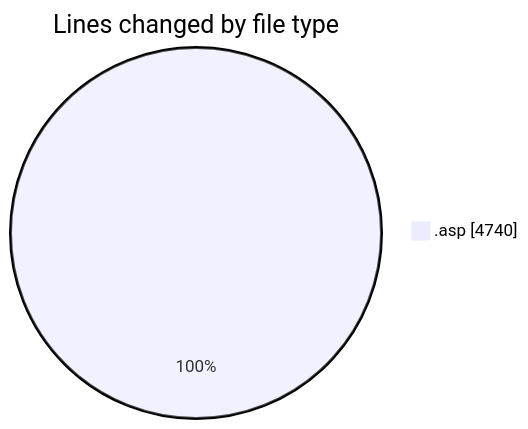
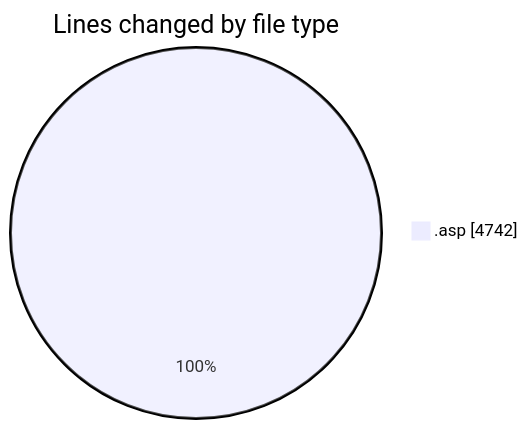
Before and after one commit to julien-gomy/code-tracking: the first of 2 diagrams in 2025-11-15/cdp_aleoudev_fr__workspace_/README.md, drawn with Mermaid. The commit also changed other lines of this file and 1 other file, not shown here.

````diff
--- a/2025-11-15/cdp_aleoudev_fr__workspace_/README.md
+++ b/2025-11-15/cdp_aleoudev_fr__workspace_/README.md
@@ -27,5 +27,5 @@
 ```mermaid
 pie showData
 title Lines changed by file type
-".asp" : 4740
+".asp" : 4742
 ```
````
